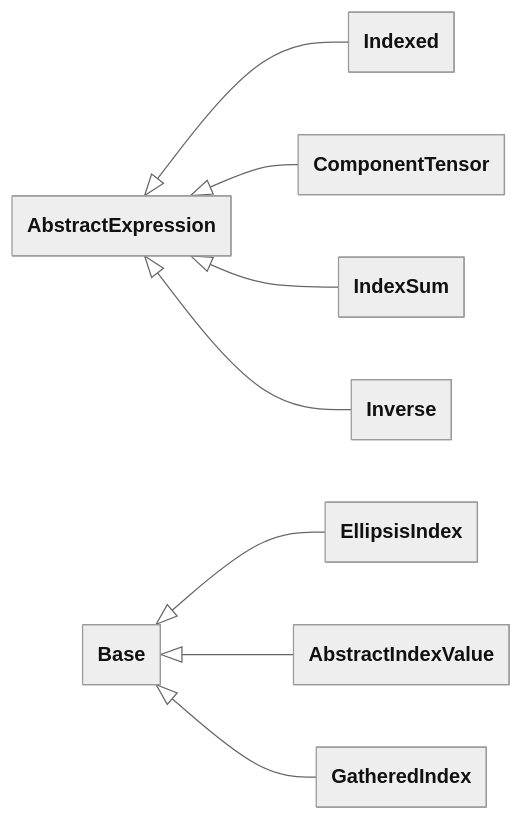
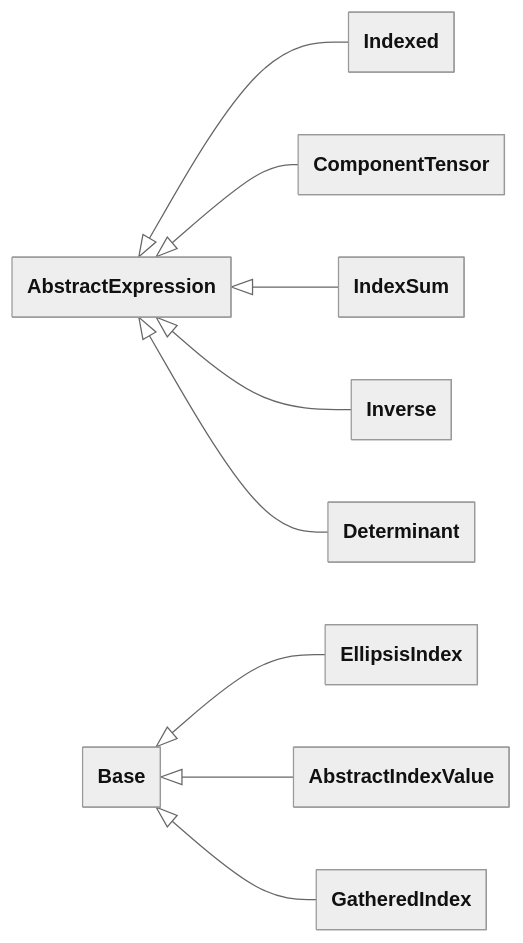
Before and after one commit to FEniCS/uflx: the fifth of 12 diagrams in design/language.md, drawn with Mermaid. The commit also changed other lines of this file, not shown here.

Commit message:
Make Determinant a node.

````diff
--- a/design/language.md
+++ b/design/language.md
@@ -4194,21 +4192,22 @@
 ```mermaid
 ---
 config:
   theme: neutral
   look: classic
   class:
     theme: neutral
     look: classic
     hideEmptyMembersBox: true
 ---
 classDiagram
     direction LR
     accTitle: Algebra class hierarchy (3 of 3)
     AbstractExpression <|-- Indexed
     AbstractExpression <|-- ComponentTensor
     AbstractExpression <|-- IndexSum
     Base <|-- EllipsisIndex
     Base <|-- AbstractIndexValue
     Base <|-- GatheredIndex
     AbstractExpression <|-- Inverse
+    AbstractExpression <|-- Determinant
 ```
````
